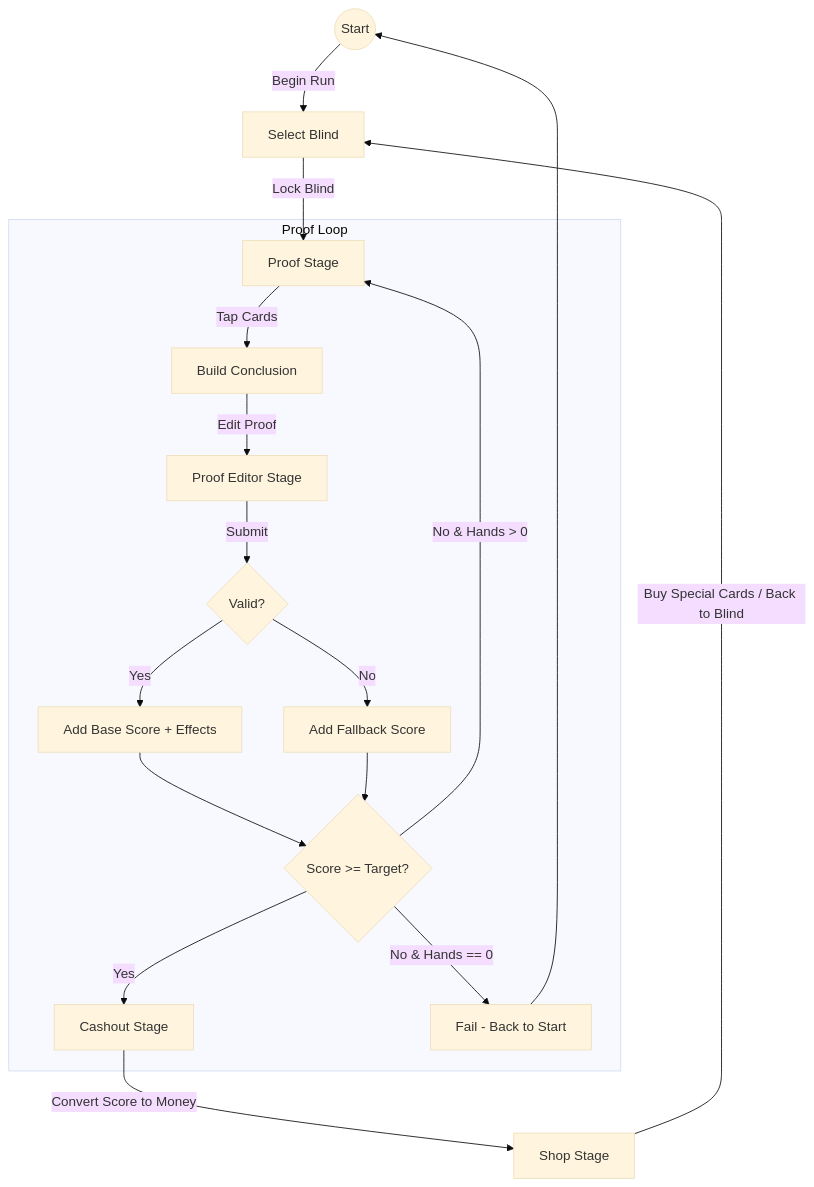
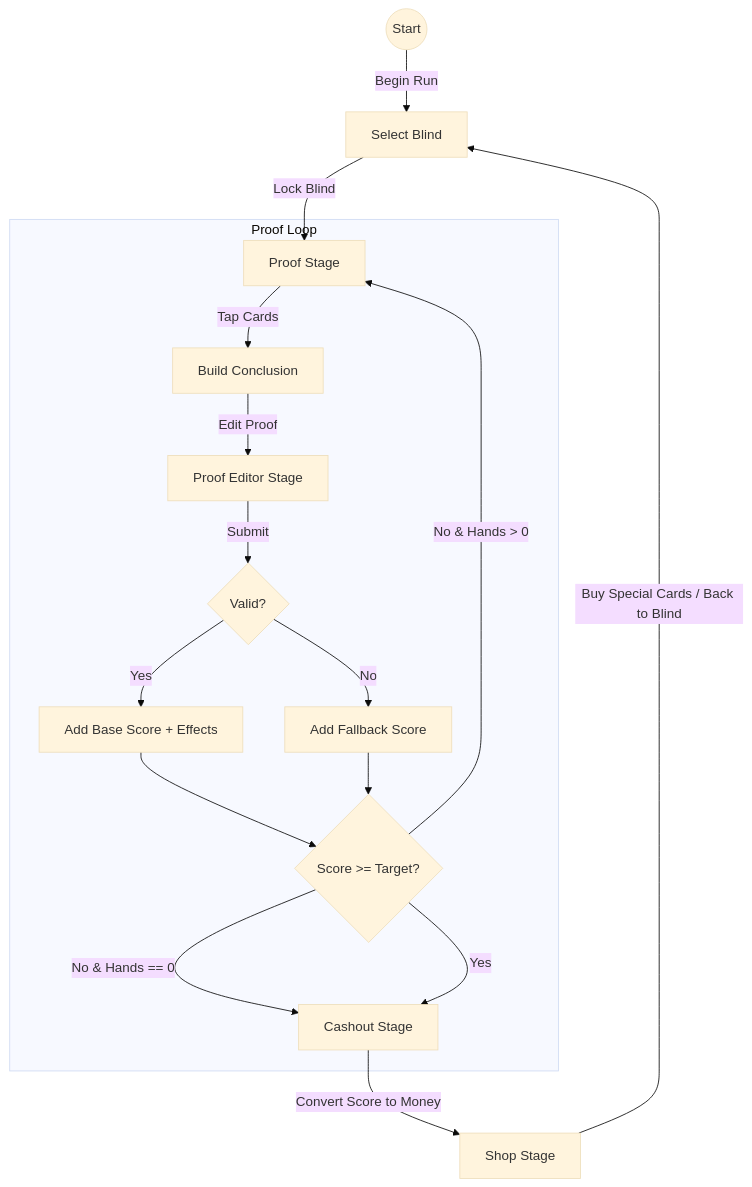
One commit to lilzcyyds-alt/boolatro changed the diagram in design_doc/1.0 Overview.md. Above: the diagram before and after it, drawn with Mermaid (base theme). The commit also changed other lines of this file and 9 other files, not shown here.

````diff
--- a/design_doc/1.0 Overview.md
+++ b/design_doc/1.0 Overview.md
@@ -13,22 +13,21 @@
 ```mermaid
 graph TD
     Start((Start)) -->|Begin Run| SelectBlind[Select Blind]
     SelectBlind -->|Lock Blind| Proof[Proof Stage]
     
     subgraph Proof Loop
         Proof -->|Tap Cards| Conclusion[Build Conclusion]
         Conclusion -->|Edit Proof| Editor[Proof Editor Stage]
         Editor -->|Submit| Logic{Valid?}
         Logic -->|Yes| Score[Add Base Score + Effects]
         Logic -->|No| Fallback[Add Fallback Score]
         Score --> Goal{Score >= Target?}
         Fallback --> Goal
         Goal -->|No & Hands > 0| Proof
-        Goal -->|Yes| Cashout[Cashout Stage]
-        Goal -->|No & Hands == 0| Fail[Fail - Back to Start]
+        Goal -->|No & Hands == 0| Cashout[Cashout Stage]
+        Goal -->|Yes| Cashout
     end
     
-    Fail --> Start
     Cashout -->|Convert Score to Money| Shop[Shop Stage]
     Shop -->|Buy Special Cards / Back to Blind| SelectBlind
 ```
````
